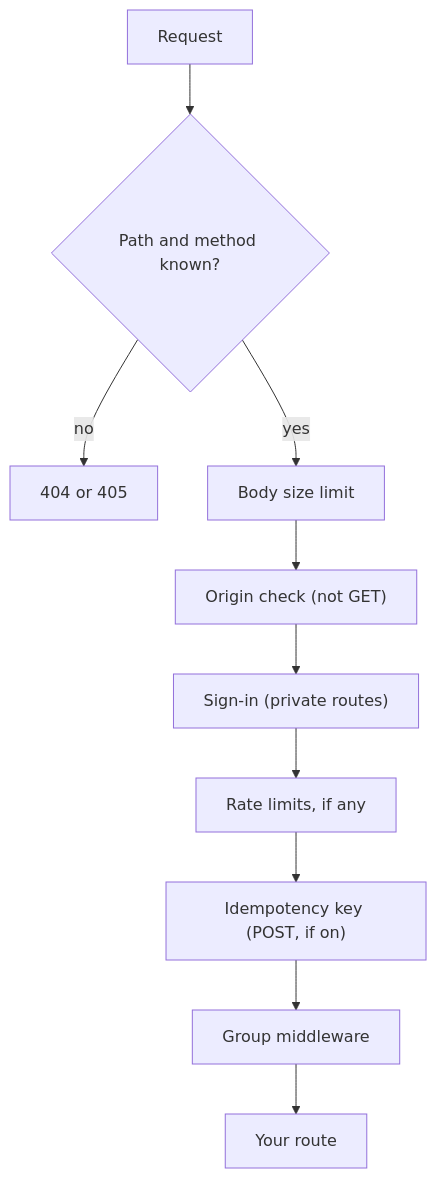
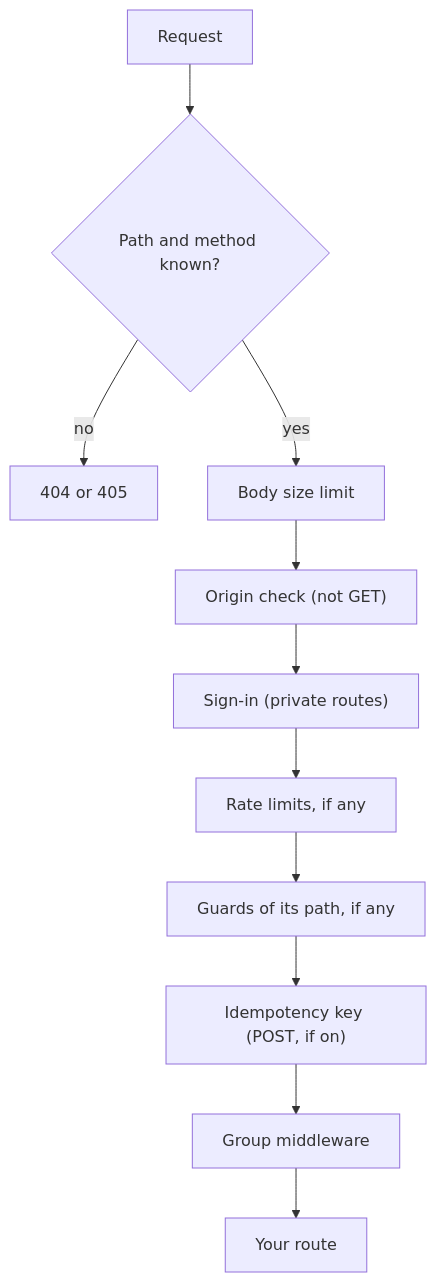
One commit to newt-js/newt changed the diagram in web/src/content/docs/concepts/http.md. Above: the diagram before and after it, drawn with Mermaid. The commit also changed other lines of this file and 7 other files, not shown here.

````diff
--- a/web/src/content/docs/concepts/http.md
+++ b/web/src/content/docs/concepts/http.md
@@ -177,12 +212,13 @@
 ```mermaid
 flowchart TD
   R[Request] --> F{Path and method known?}
   F -->|no| N[404 or 405]
   F -->|yes| B[Body size limit]
   B --> O["Origin check (not GET)"]
   O --> S["Sign-in (private routes)"]
   S --> L["Rate limits, if any"]
-  L --> I["Idempotency key (POST, if on)"]
+  L --> G["Guards of its path, if any"]
+  G --> I["Idempotency key (POST, if on)"]
   I --> M[Group middleware]
   M --> H[Your route]
 ```
````
